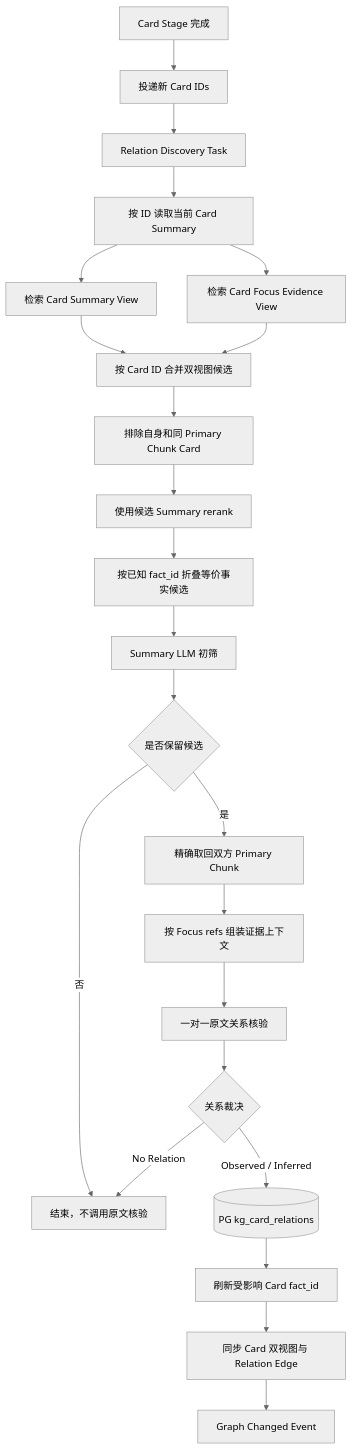
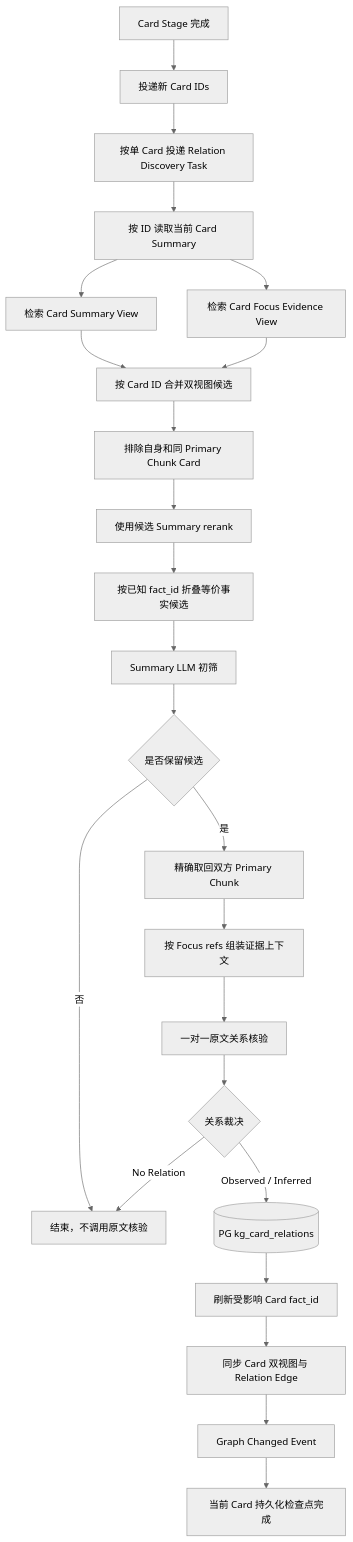
Before and after one commit to qiyuebuku/frida-test: the diagram in smart-fund-server/docs/3. 实施方案/4. 知识图谱/22. 跨Chunk Card召回与原文关系核验实施方案.md, drawn with Mermaid (neutral theme). The commit also changed other lines of this file and 2325 other files, not shown here.

````diff
--- a/smart-fund-server/docs/3. 实施方案/4. 知识图谱/22. 跨Chunk Card召回与原文关系核验实施方案.md
+++ b/smart-fund-server/docs/3. 实施方案/4. 知识图谱/22. 跨Chunk Card召回与原文关系核验实施方案.md
@@ -60,25 +63,26 @@
 ```mermaid
 flowchart TD
     A[Card Stage 完成] --> B[投递新 Card IDs]
-    B --> C[Relation Discovery Task]
+    B --> C[按单 Card 投递 Relation Discovery Task]
     C --> D[按 ID 读取当前 Card Summary]
     D --> E1[检索 Card Summary View]
     D --> E2[检索 Card Focus Evidence View]
     E1 --> F[按 Card ID 合并双视图候选]
     E2 --> F
     F --> G[排除自身和同 Primary Chunk Card]
     G --> H[使用候选 Summary rerank]
     H --> H2[按已知 fact_id 折叠等价事实候选]
     H2 --> I[Summary LLM 初筛]
     I --> J{是否保留候选}
     J -- 否 --> K[结束，不调用原文核验]
     J -- 是 --> L[精确取回双方 Primary Chunk]
     L --> M[按 Focus refs 组装证据上下文]
     M --> N[一对一原文关系核验]
     N --> O{关系裁决}
     O -- No Relation --> K
     O -- Observed / Inferred --> P[(PG kg_card_relations)]
     P --> P2[刷新受影响 Card fact_id]
     P2 --> Q[同步 Card 双视图与 Relation Edge]
     Q --> R[Graph Changed Event]
+    R --> S[当前 Card 持久化检查点完成]
 ```
````
